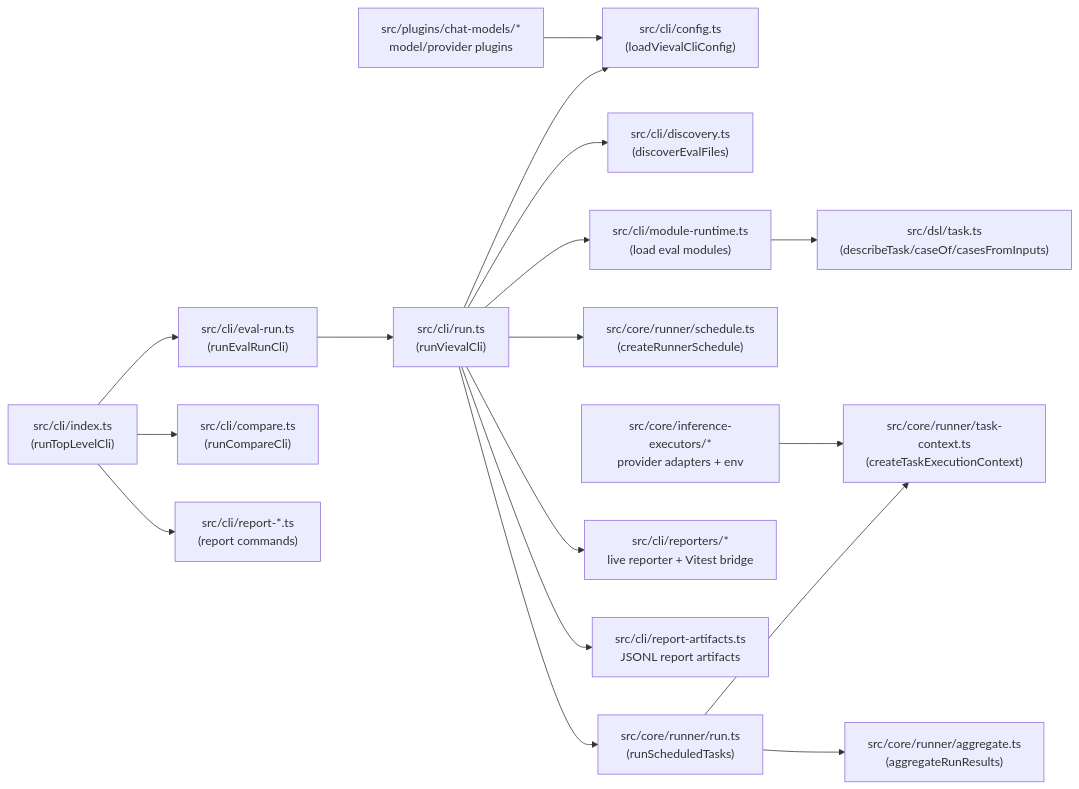
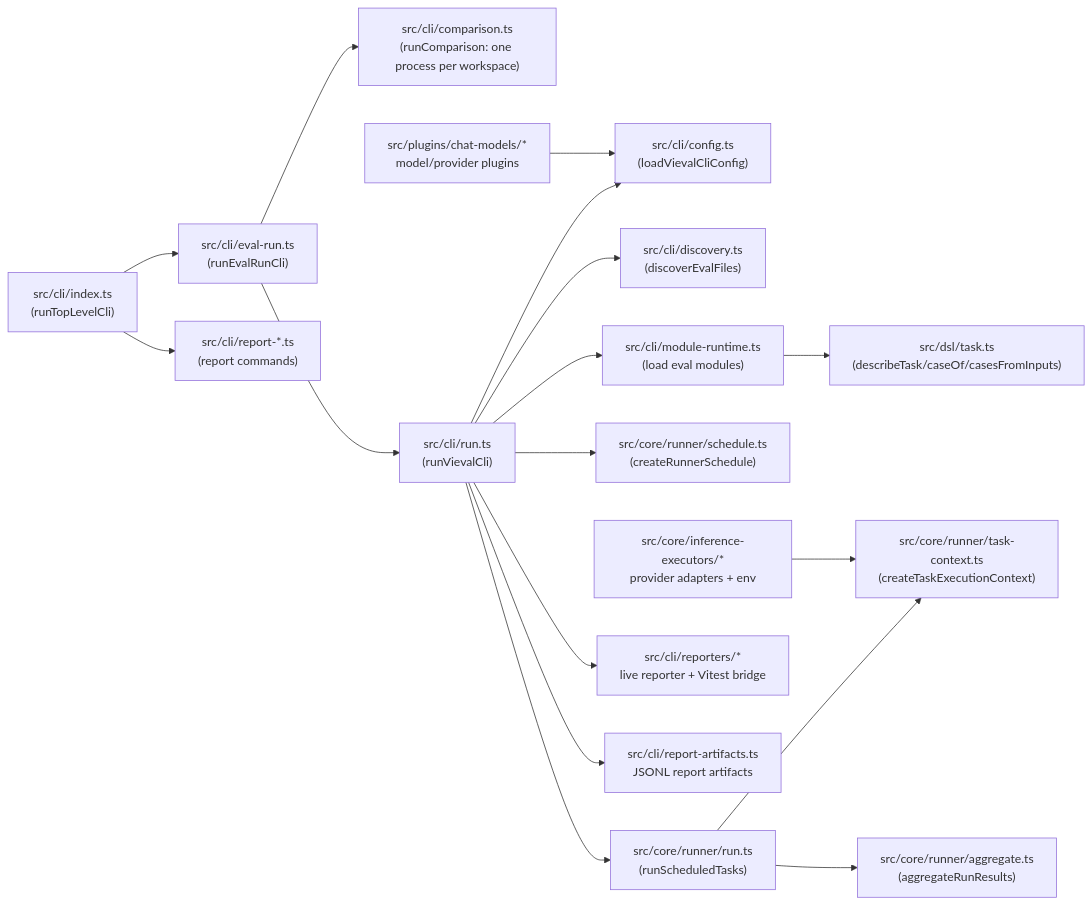
The first of 2 diagrams in README.md (vieval-dev/vieval), drawn with Mermaid before and after one commit. The commit also changed other lines of this file and 62 other files, not shown here.

````diff
--- a/README.md
+++ b/README.md
@@ -345,19 +441,19 @@
 ```mermaid
 flowchart LR
   CLI["src/cli/index.ts\n(runTopLevelCli)"] --> RUN["src/cli/eval-run.ts\n(runEvalRunCli)"]
-  CLI --> COMPARE["src/cli/compare.ts\n(runCompareCli)"]
   CLI --> REPORT["src/cli/report-*.ts\n(report commands)"]
+  RUN --> COMPARISON["src/cli/comparison.ts\n(runComparison: one process per workspace)"]
   RUN --> ORCH["src/cli/run.ts\n(runVievalCli)"]
   ORCH --> CFG["src/cli/config.ts\n(loadVievalCliConfig)"]
   ORCH --> DISC["src/cli/discovery.ts\n(discoverEvalFiles)"]
   ORCH --> MODULES["src/cli/module-runtime.ts\n(load eval modules)"]
   MODULES --> DSL["src/dsl/task.ts\n(describeTask/caseOf/casesFromInputs)"]
   ORCH --> SCHEDULE["src/core/runner/schedule.ts\n(createRunnerSchedule)"]
   ORCH --> EXEC["src/core/runner/run.ts\n(runScheduledTasks)"]
   EXEC --> CTX["src/core/runner/task-context.ts\n(createTaskExecutionContext)"]
   EXEC --> AGG["src/core/runner/aggregate.ts\n(aggregateRunResults)"]
   ORCH --> REPORTERS["src/cli/reporters/*\nlive reporter + Vitest bridge"]
   ORCH --> ARTIFACTS["src/cli/report-artifacts.ts\nJSONL report artifacts"]
   CHAT["src/plugins/chat-models/*\nmodel/provider plugins"] --> CFG
   PROVIDERS["src/core/inference-executors/*\nprovider adapters + env"] --> CTX
 ```
````
